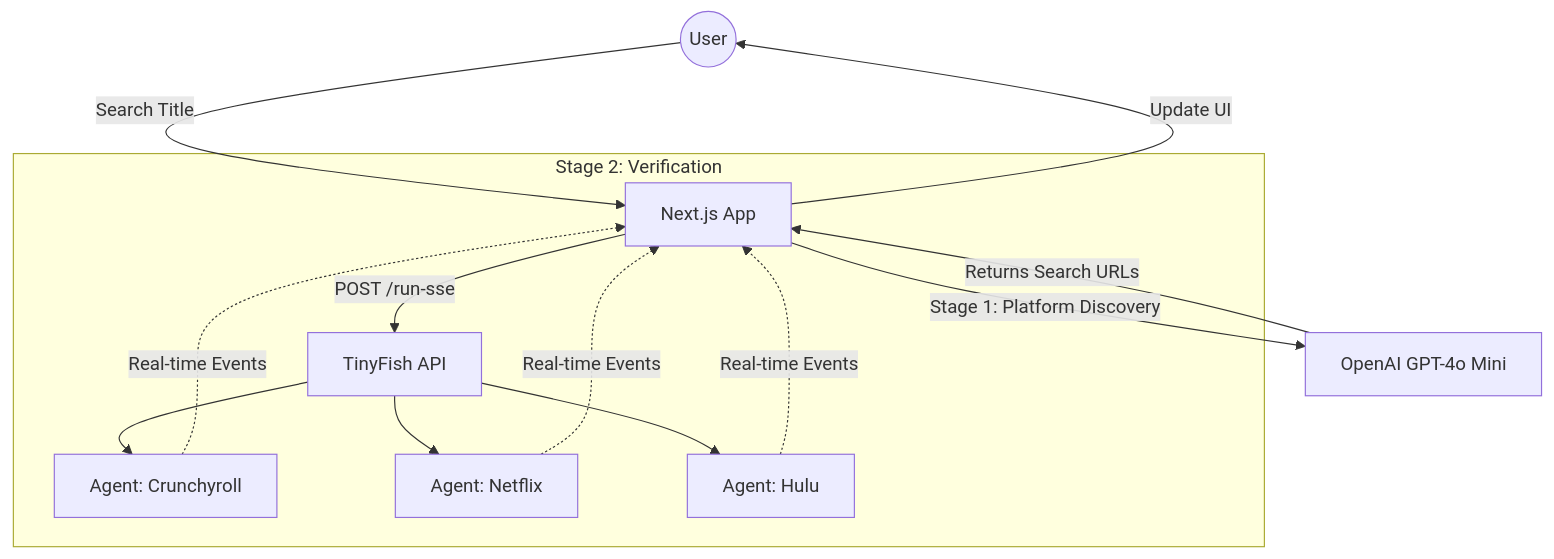
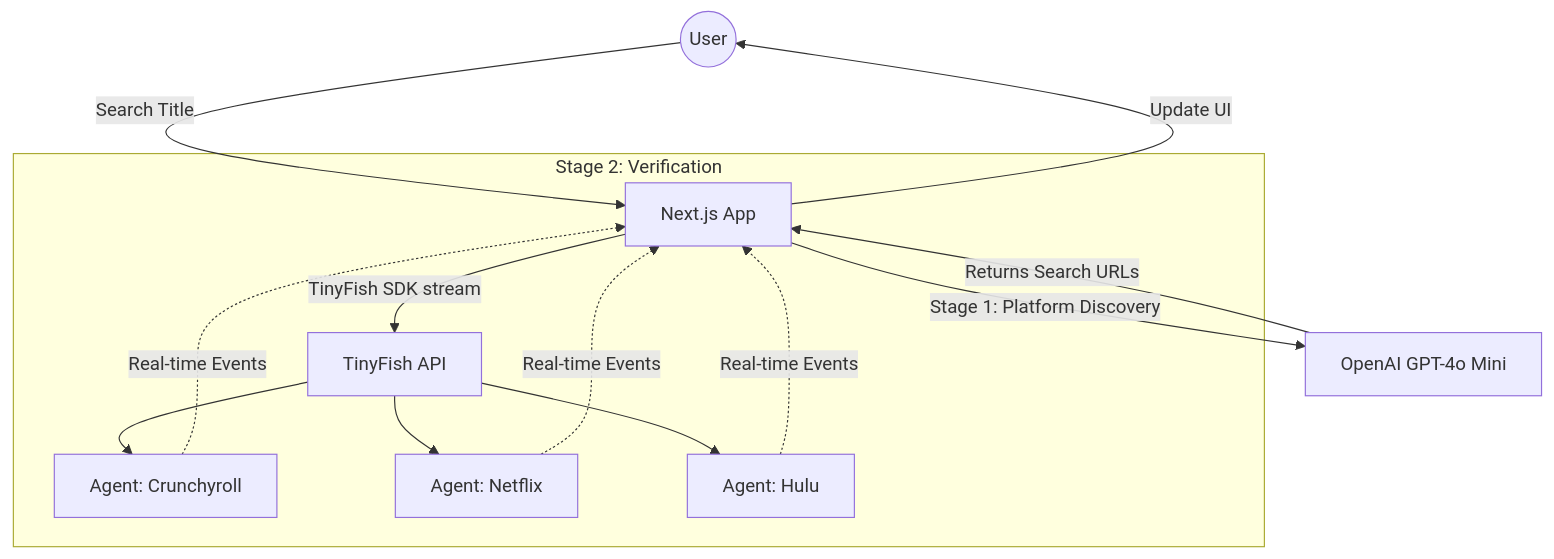
One commit to tinyfish-io/TinyFish-cookbook changed the diagram in anime-watch-hub/README.md. Above: the diagram before and after it, drawn with Mermaid. The commit also changed other lines of this file and 7 other files, not shown here.

````diff
--- a/anime-watch-hub/README.md
+++ b/anime-watch-hub/README.md
@@ -96,19 +97,19 @@
 ```mermaid
 graph TD
     User((User)) -->|Search Title| FE[Next.js App]
     FE -->|Stage 1: Platform Discovery| OpenAI[OpenAI GPT-4o Mini]
     OpenAI -->|Returns Search URLs| FE
 
     subgraph TinyFish_Agents [Stage 2: Verification]
-        FE -->|POST /run-sse| API[TinyFish API]
+        FE -->|TinyFish SDK stream| API[TinyFish API]
         API --> A1[Agent: Crunchyroll]
         API --> A2[Agent: Netflix]
         API --> A3[Agent: Hulu]
     end
 
     A1 -.->|Real-time Events| FE
     A2 -.->|Real-time Events| FE
     A3 -.->|Real-time Events| FE
 
     FE -->|Update UI| User
 ```
````
